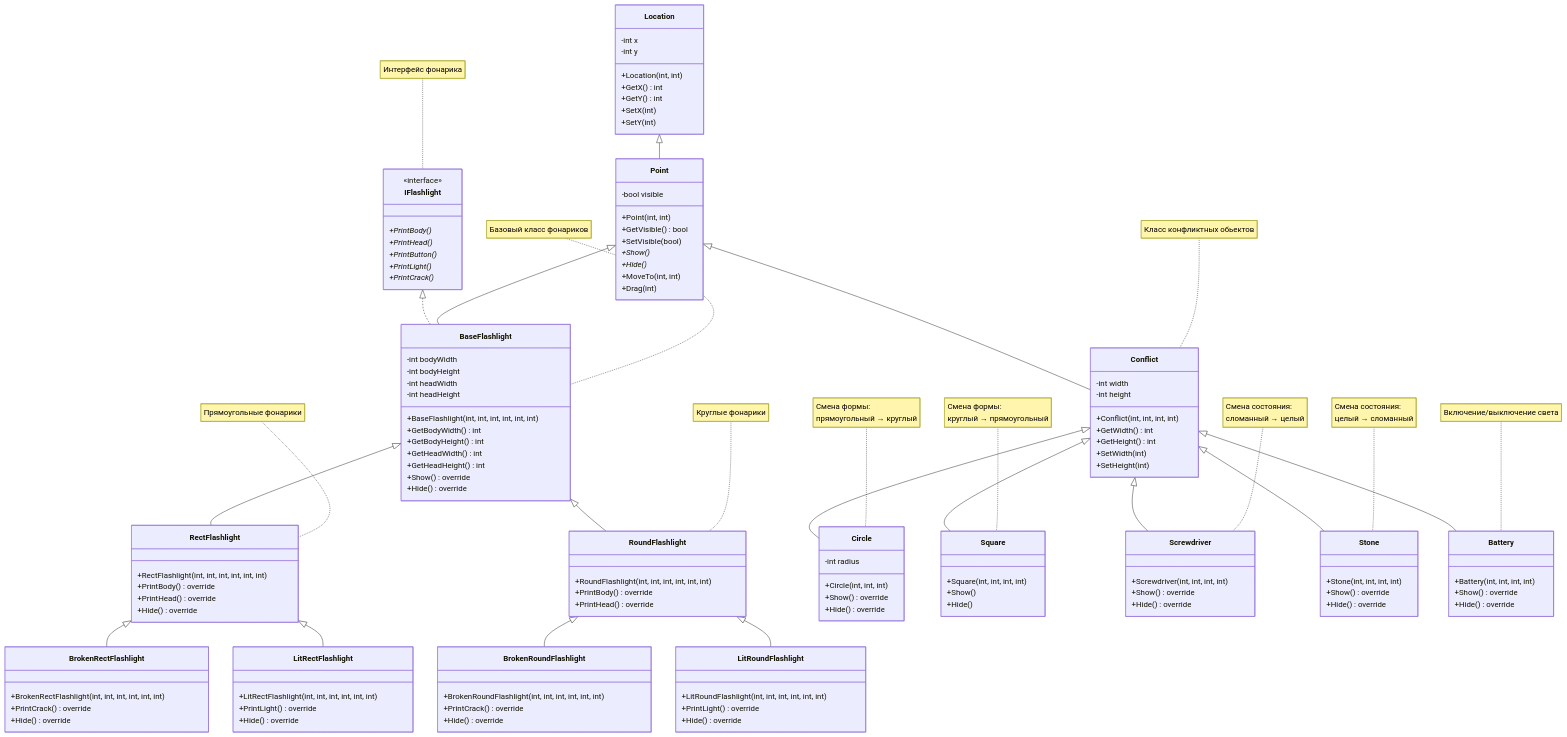
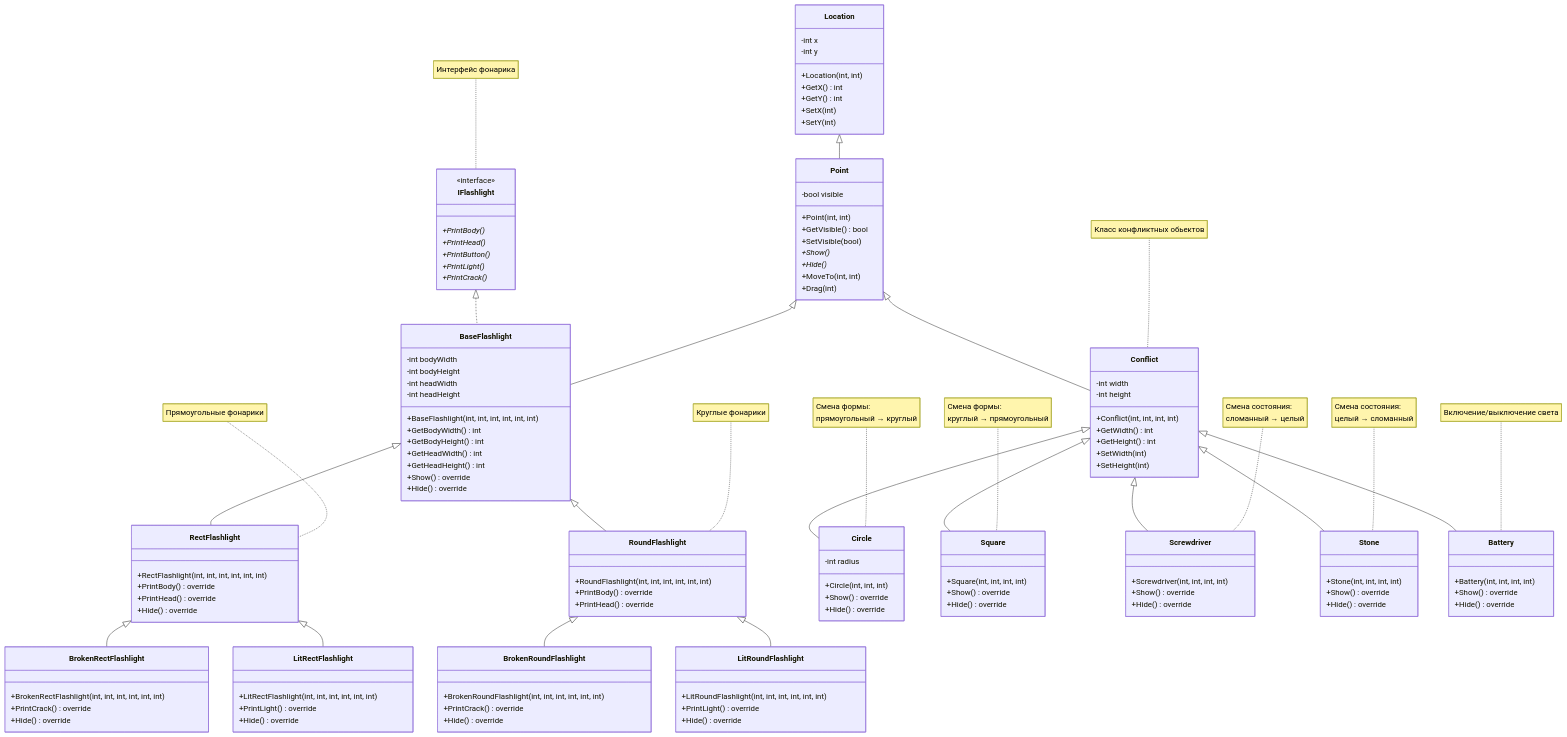
Before and after one commit to ZeroD1vision/Programming: the diagram in 3SEM/Lab3/docs/architecture/diagram.md, drawn with Mermaid. The commit also changed 22 other files, not shown here.

```diff
--- a/3SEM/Lab3/docs/architecture/diagram.md
+++ b/3SEM/Lab3/docs/architecture/diagram.md
@@ -105,8 +105,8 @@
 
     class Square {
         +Square(int, int, int, int)
-        +Show()
-        +Hide()
+        +Show() override
+        +Hide() override
     }
 
     class Screwdriver {
@@ -146,7 +146,6 @@
 
     %% Аннотации
     note for IFlashlight "Интерфейс фонарика"
-    note for BaseFlashlight "Базовый класс фонариков"
 
     note for Conflict "Класс конфликтных обьектов"
     
```
